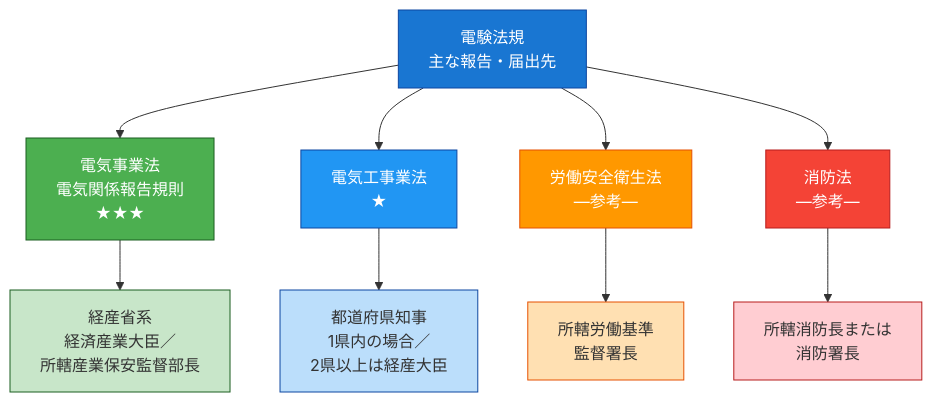
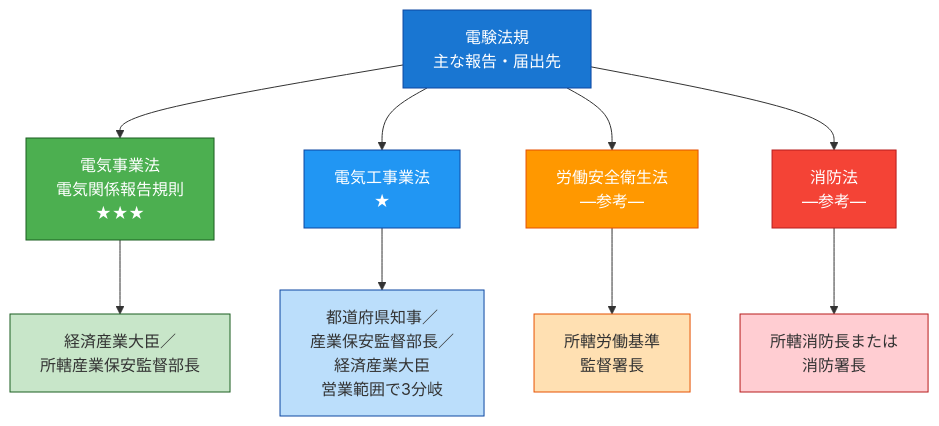
The first of 2 diagrams in docs/reference/reporting-destinations.md (kfurufuru/denken-wiki), drawn with Mermaid before and after one commit. The commit also changed other lines of this file, not shown here.

````diff
--- a/docs/reference/reporting-destinations.md
+++ b/docs/reference/reporting-destinations.md
@@ -24,29 +29,29 @@
 ```mermaid
 graph TD
     CENTER[電験法規<br/>主な報告・届出先]
 
     A[電気事業法<br/>電気関係報告規則<br/>★★★]
     B[電気工事業法<br/>★]
     C[労働安全衛生法<br/>―参考―]
     D[消防法<br/>―参考―]
 
     CENTER --> A
     CENTER --> B
     CENTER --> C
     CENTER --> D
 
-    A --> A1[経産省系<br/>経済産業大臣／<br/>所轄産業保安監督部長]
-    B --> B1[都道府県知事<br/>1県内の場合／<br/>2県以上は経産大臣]
+    A --> A1[経済産業大臣／<br/>所轄産業保安監督部長]
+    B --> B1[都道府県知事／<br/>産業保安監督部長／<br/>経済産業大臣<br/>営業範囲で3分岐]
     C --> C1[所轄労働基準<br/>監督署長]
     D --> D1[所轄消防長または<br/>消防署長]
 
     style CENTER fill:#1976D2,stroke:#0D47A1,color:#fff
     style A fill:#4CAF50,stroke:#1B5E20,color:#fff
     style B fill:#2196F3,stroke:#0D47A1,color:#fff
     style C fill:#FF9800,stroke:#E65100,color:#fff
     style D fill:#F44336,stroke:#B71C1C,color:#fff
     style A1 fill:#C8E6C9,stroke:#1B5E20
     style B1 fill:#BBDEFB,stroke:#0D47A1
     style C1 fill:#FFE0B2,stroke:#E65100
     style D1 fill:#FFCDD2,stroke:#B71C1C
 ```
````
